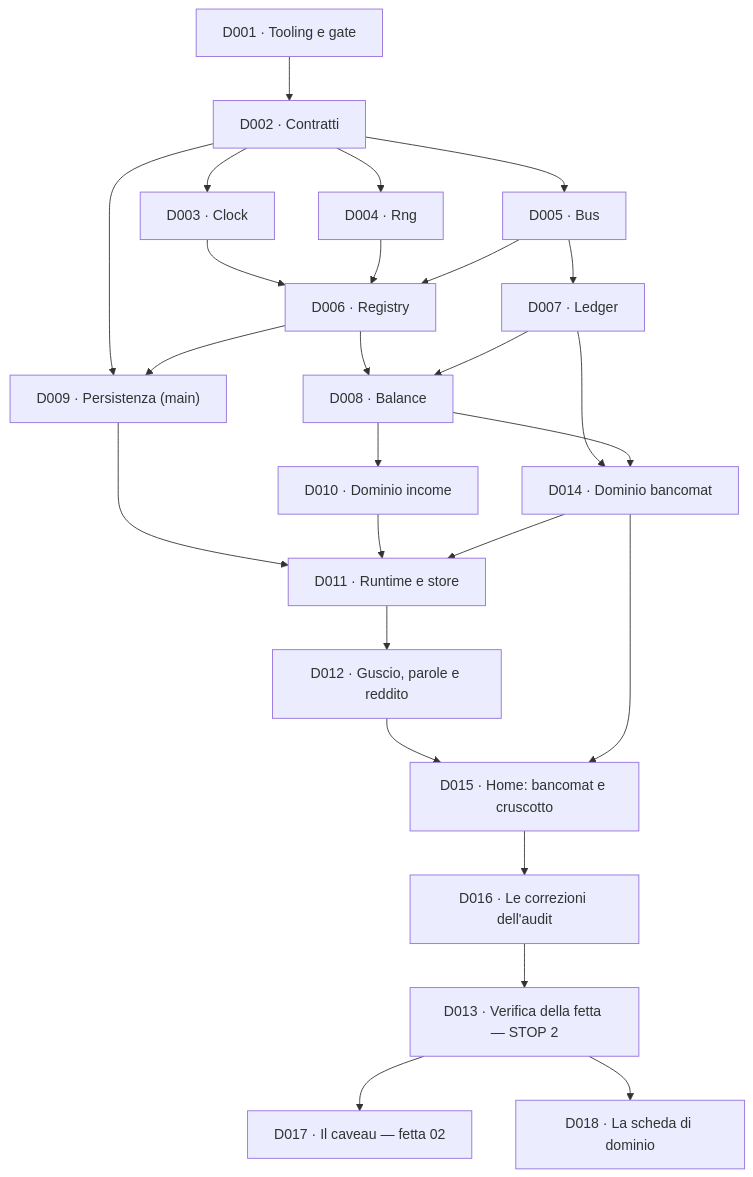
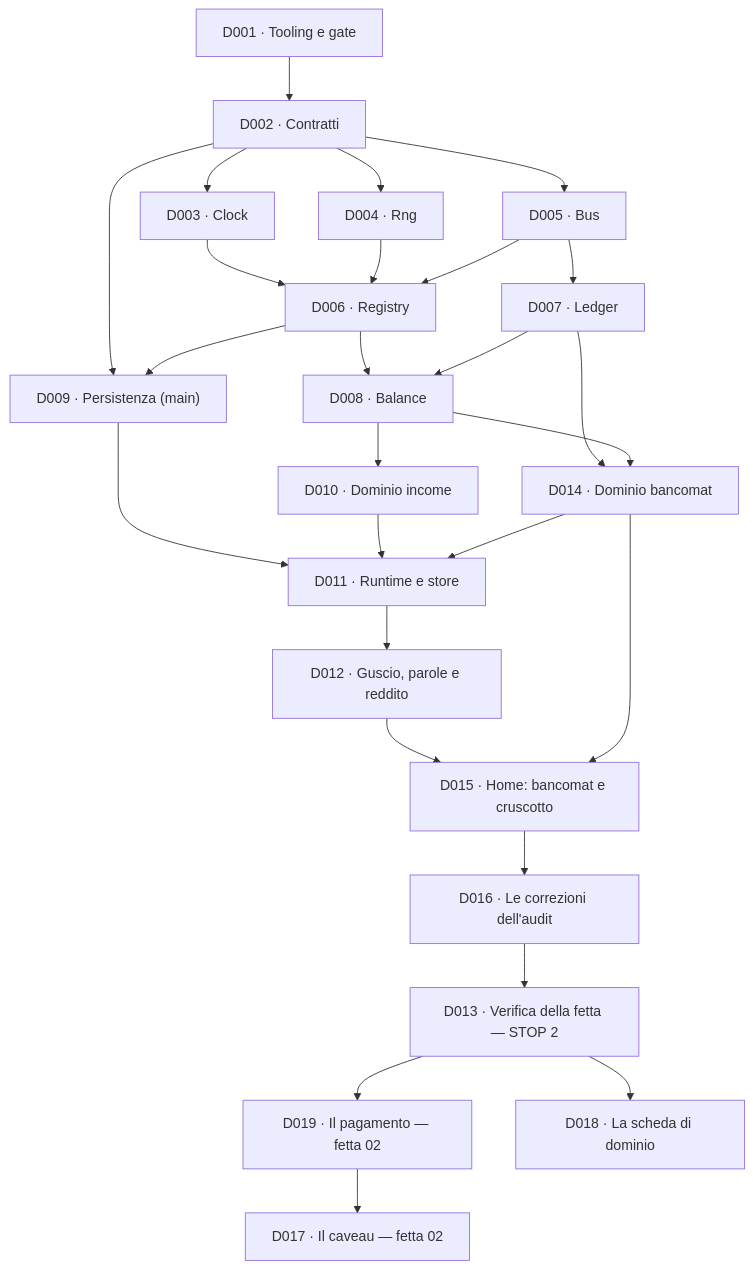
Before and after one commit to devfrx/solvent: the diagram in docs/delega/README.md, drawn with Mermaid. The commit also changed other lines of this file and 7 other files, not shown here.

````diff
--- a/docs/delega/README.md
+++ b/docs/delega/README.md
@@ -60,28 +60,29 @@
 ```mermaid
 flowchart TD
   D001["D001 · Tooling e gate"] --> D002["D002 · Contratti"]
   D002 --> D003["D003 · Clock"]
   D002 --> D004["D004 · Rng"]
   D002 --> D005["D005 · Bus"]
   D003 --> D006["D006 · Registry"]
   D004 --> D006
   D005 --> D006
   D005 --> D007["D007 · Ledger"]
   D006 --> D008["D008 · Balance"]
   D007 --> D008
   D002 --> D009["D009 · Persistenza (main)"]
   D006 --> D009
   D008 --> D010["D010 · Dominio income"]
   D007 --> D014["D014 · Dominio bancomat"]
   D008 --> D014
   D009 --> D011["D011 · Runtime e store"]
   D010 --> D011
   D014 --> D011
   D011 --> D012["D012 · Guscio, parole e reddito"]
   D012 --> D015["D015 · Home: bancomat e cruscotto"]
   D014 --> D015
   D015 --> D016["D016 · Le correzioni dell'audit"]
   D016 --> D013["D013 · Verifica della fetta — STOP 2"]
-  D013 --> D017["D017 · Il caveau — fetta 02"]
+  D013 --> D019["D019 · Il pagamento — fetta 02"]
+  D019 --> D017["D017 · Il caveau — fetta 02"]
   D013 --> D018["D018 · La scheda di dominio"]
 ```
````
